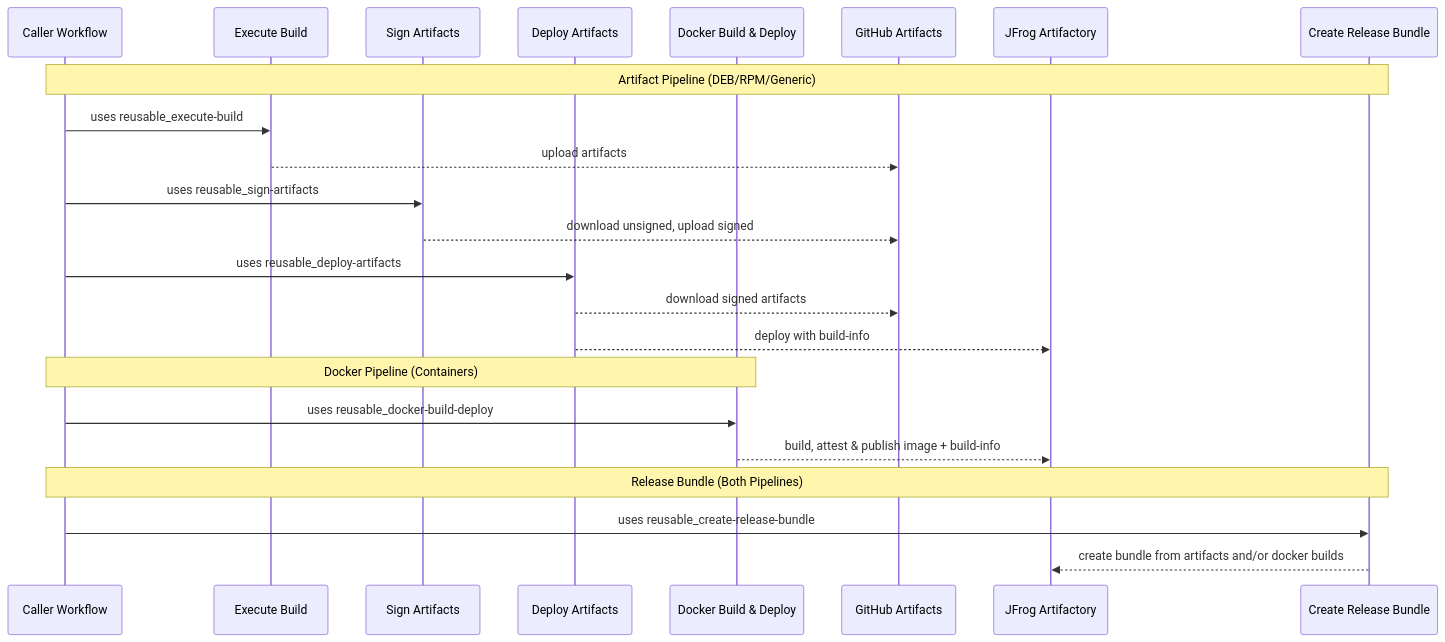
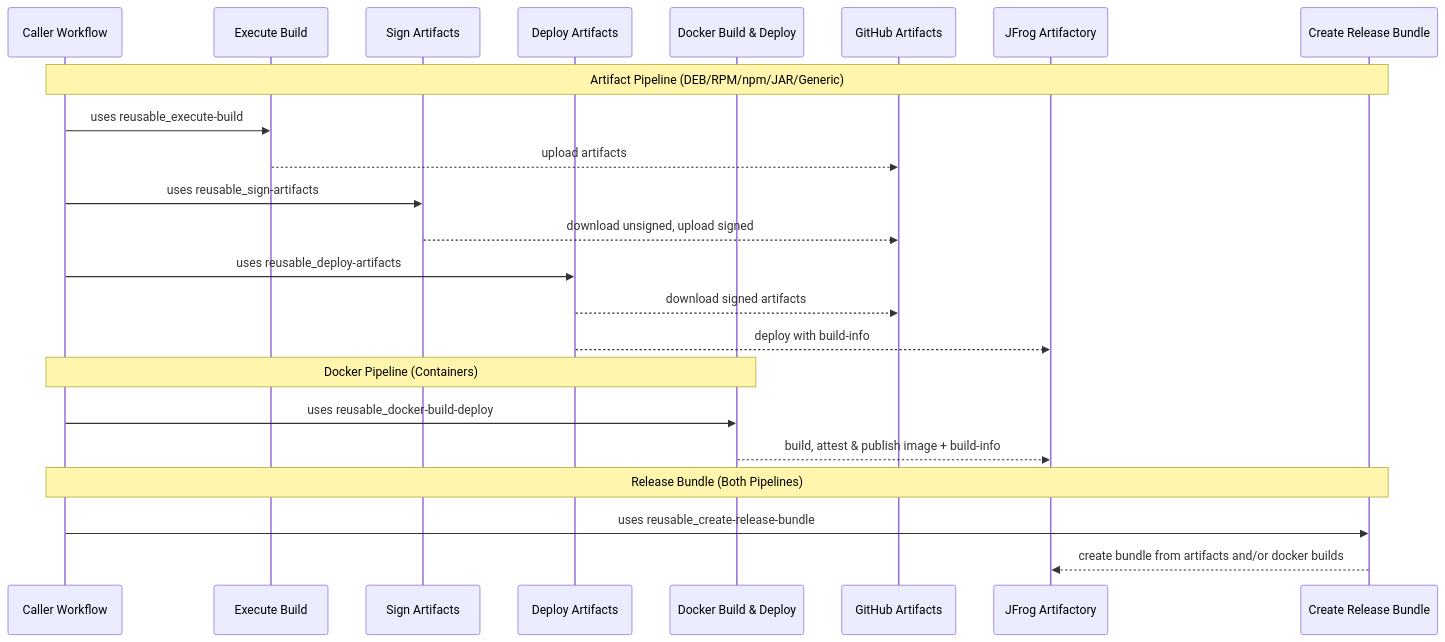
Before and after one commit to aerospike/shared-workflows: the diagram in .github/workflows/docs/CICD-composable.md, drawn with Mermaid. The commit also changed other lines of this file and 13 other files, not shown here.

````diff
--- a/.github/workflows/docs/CICD-composable.md
+++ b/.github/workflows/docs/CICD-composable.md
@@ -19,28 +31,28 @@
 ```mermaid
 sequenceDiagram
   participant WF as Caller Workflow
   participant SW1 as Execute Build
   participant SW2 as Sign Artifacts
   participant SW3 as Deploy Artifacts
   participant SW5 as Docker Build & Deploy
   participant GA as GitHub Artifacts
   participant JF as JFrog Artifactory
   participant SW4 as Create Release Bundle
 
-  Note over WF,SW4: Artifact Pipeline (DEB/RPM/Generic)
+  Note over WF,SW4: Artifact Pipeline (DEB/RPM/npm/JAR/Generic)
   WF->>SW1: uses reusable_execute-build
   SW1-->>GA: upload artifacts
   WF->>SW2: uses reusable_sign-artifacts
   SW2-->>GA: download unsigned, upload signed
   WF->>SW3: uses reusable_deploy-artifacts
   SW3-->>GA: download signed artifacts
   SW3-->>JF: deploy with build-info
 
   Note over WF,SW5: Docker Pipeline (Containers)
   WF->>SW5: uses reusable_docker-build-deploy
   SW5-->>JF: build, attest & publish image + build-info
 
   Note over WF,SW4: Release Bundle (Both Pipelines)
   WF->>SW4: uses reusable_create-release-bundle
   SW4-->>JF: create bundle from artifacts and/or docker builds
 ```
````
